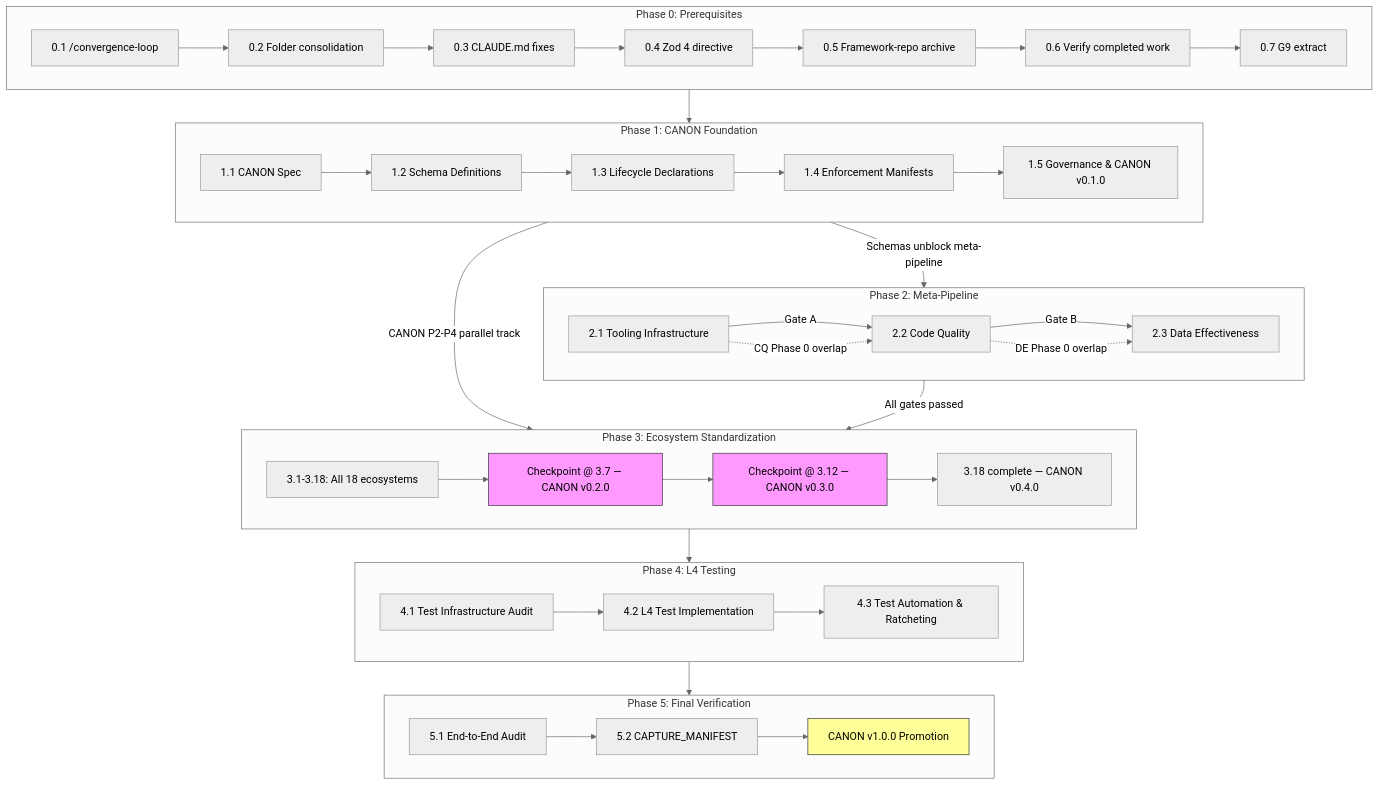
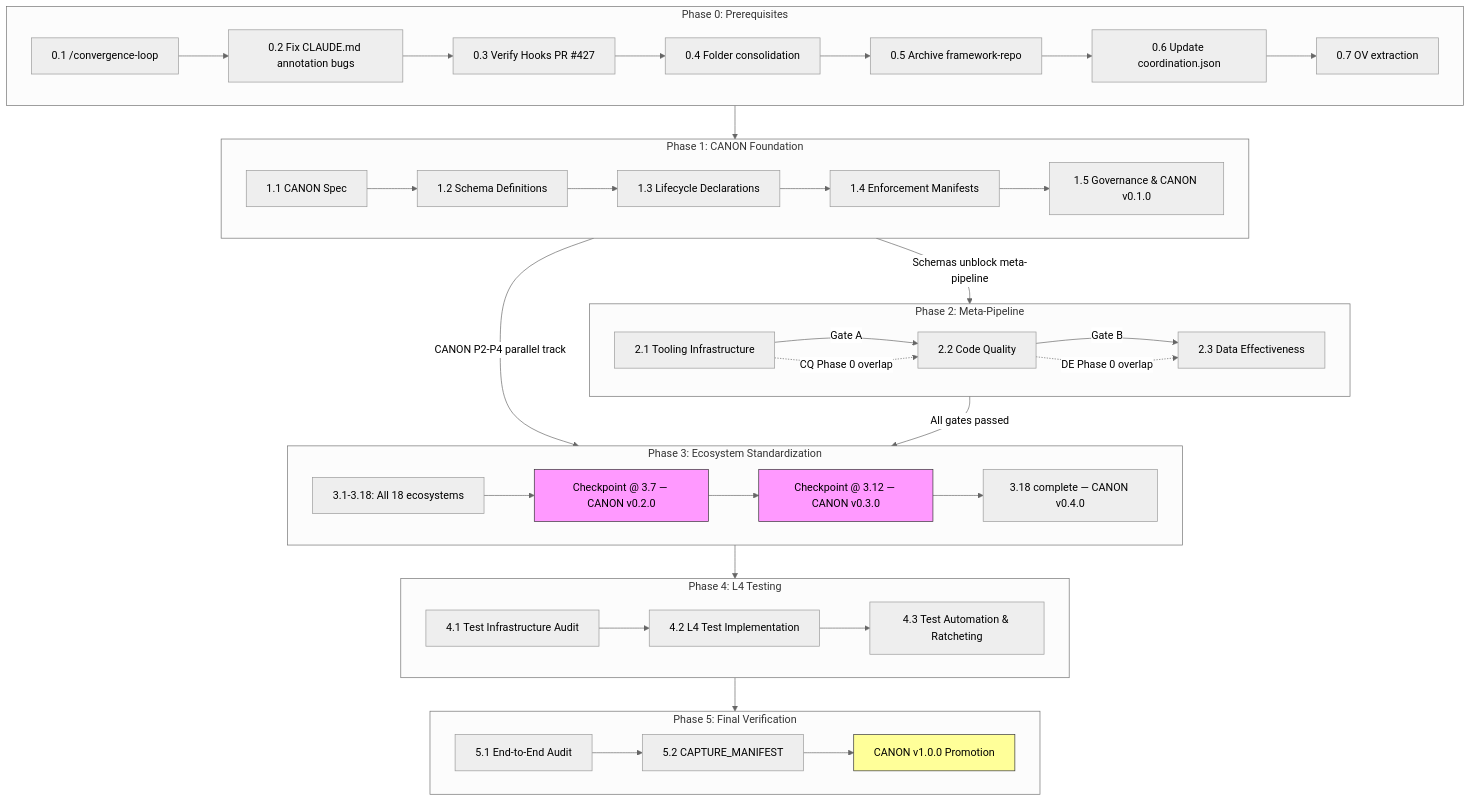
Before and after one commit to jasonmichaelbell78-creator/sonash-v0: the diagram in .planning/system-wide-standardization/PLAN-v3.md, drawn with Mermaid (neutral theme). The commit also changed other lines of this file and 13 other files, not shown here.

First line of the commit message:
fix: PR #433 R1 code review — PII redaction, T11 contradiction, Mermaid alignment

````diff
--- a/.planning/system-wide-standardization/PLAN-v3.md
+++ b/.planning/system-wide-standardization/PLAN-v3.md
@@ -2265,65 +2267,65 @@
 ```mermaid
 flowchart TD
     subgraph P0["Phase 0: Prerequisites"]
         S0_1["0.1 /convergence-loop"]
-        S0_2["0.2 Folder consolidation"]
-        S0_3["0.3 CLAUDE.md fixes"]
-        S0_4["0.4 Zod 4 directive"]
-        S0_5["0.5 Framework-repo archive"]
-        S0_6["0.6 Verify completed work"]
-        S0_7["0.7 G9 extract"]
+        S0_2["0.2 Fix CLAUDE.md annotation bugs"]
+        S0_3["0.3 Verify Hooks PR #427"]
+        S0_4["0.4 Folder consolidation"]
+        S0_5["0.5 Archive framework-repo"]
+        S0_6["0.6 Update coordination.json"]
+        S0_7["0.7 OV extraction"]
         S0_1 --> S0_2 --> S0_3 --> S0_4 --> S0_5 --> S0_6 --> S0_7
     end
 
     subgraph P1["Phase 1: CANON Foundation"]
         S1_1["1.1 CANON Spec"]
         S1_2["1.2 Schema Definitions"]
         S1_3["1.3 Lifecycle Declarations"]
         S1_4["1.4 Enforcement Manifests"]
         S1_5["1.5 Governance & CANON v0.1.0"]
         S1_1 --> S1_2 --> S1_3 --> S1_4 --> S1_5
     end
 
     subgraph P2["Phase 2: Meta-Pipeline"]
         S2_1["2.1 Tooling Infrastructure"]
         S2_2["2.2 Code Quality"]
         S2_3["2.3 Data Effectiveness"]
         S2_1 -- "Gate A" --> S2_2
         S2_2 -- "Gate B" --> S2_3
         S2_1 -. "CQ Phase 0 overlap" .-> S2_2
         S2_2 -. "DE Phase 0 overlap" .-> S2_3
     end
 
     subgraph P3["Phase 3: Ecosystem Standardization"]
         S3_eco["3.1-3.18: All 18 ecosystems"]
         S3_cp1["Checkpoint @ 3.7 — CANON v0.2.0"]
         S3_cp2["Checkpoint @ 3.12 — CANON v0.3.0"]
         S3_end["3.18 complete — CANON v0.4.0"]
         S3_eco --> S3_cp1 --> S3_cp2 --> S3_end
     end
 
     subgraph P4["Phase 4: L4 Testing"]
         S4_1["4.1 Test Infrastructure Audit"]
         S4_2["4.2 L4 Test Implementation"]
         S4_3["4.3 Test Automation & Ratcheting"]
         S4_1 --> S4_2 --> S4_3
     end
 
     subgraph P5["Phase 5: Final Verification"]
         S5_1["5.1 End-to-End Audit"]
         S5_2["5.2 CAPTURE_MANIFEST"]
         S5_canon["CANON v1.0.0 Promotion"]
         S5_1 --> S5_2 --> S5_canon
     end
 
     P0 --> P1
     P1 -- "Schemas unblock meta-pipeline" --> P2
     P1 -- "CANON P2-P4 parallel track" --> P3
     P2 -- "All gates passed" --> P3
     P3 --> P4
     P4 --> P5
 
     style S3_cp1 fill:#f9f,stroke:#333
     style S3_cp2 fill:#f9f,stroke:#333
     style S5_canon fill:#ff9,stroke:#333
 ```
````
